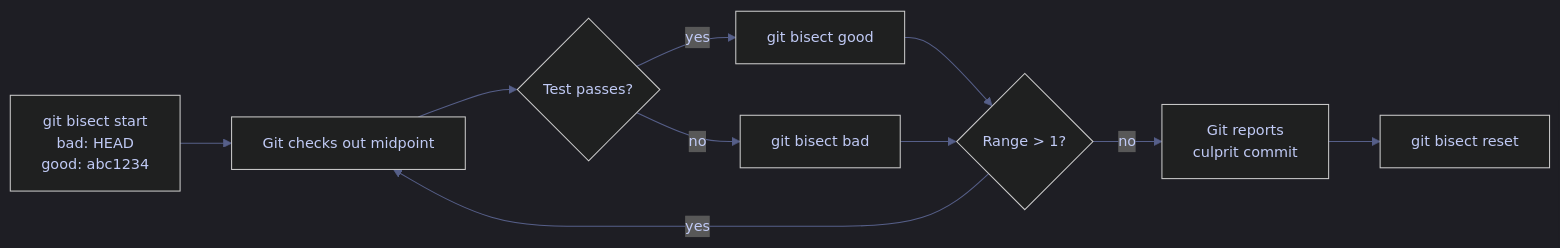
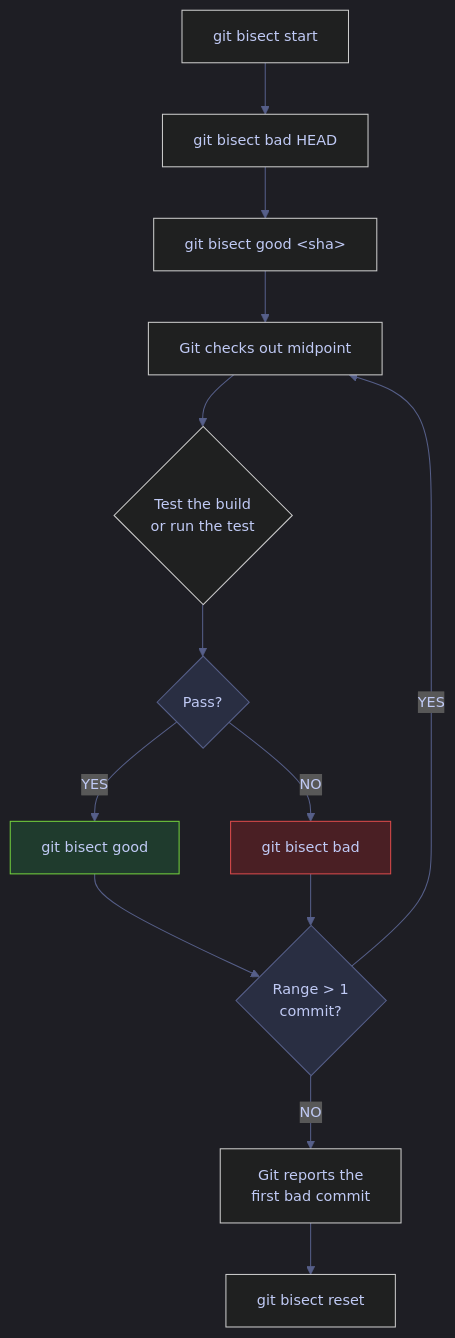
One commit to alp78/elysium changed the second of 2 diagrams in content/08-Git/08-git-history-and-inspection.md. Above: the diagram before and after it, drawn with Mermaid. The commit also changed other lines of this file and 6 other files, not shown here.

````diff
--- a/content/08-Git/08-git-history-and-inspection.md
+++ b/content/08-Git/08-git-history-and-inspection.md
@@ -336,24 +1034,32 @@
 ```mermaid
 %%{init: {'theme': 'dark', 'themeVariables': {
   'primaryColor': '#292e42',
   'primaryTextColor': '#c0caf5',
   'primaryBorderColor': '#565f89',
   'lineColor': '#565f89',
   'secondaryColor': '#1a1b26',
   'tertiaryColor': '#24283b',
   'noteTextColor': '#c0caf5',
   'noteBkgColor': '#292e42',
   'textColor': '#c0caf5',
   'fontSize': '14px'
 }}}%%
-flowchart LR
-    A["git bisect start<br/>bad: HEAD<br/>good: abc1234"] --> B["Git checks out midpoint"]
-    B --> C{Test passes?}
-    C -- yes --> D["git bisect good"]
-    C -- no --> E["git bisect bad"]
-    D --> F{Range > 1?}
-    E --> F
-    F -- yes --> B
-    F -- no --> G["Git reports<br/>culprit commit"]
-    G --> H["git bisect reset"]
+flowchart TD
+    A["git bisect start"] --> B["git bisect bad HEAD"]
+    B --> C["git bisect good &lt;sha&gt;"]
+    C --> D["Git checks out midpoint"]
+    D --> E{"Test the build<br/>or run the test"}
+    E --> F{"Pass?"}
+    F -- YES --> G["git bisect good"]
+    F -- NO --> H["git bisect bad"]
+    G --> I{"Range > 1<br/>commit?"}
+    H --> I
+    I -- YES --> D
+    I -- NO --> J["Git reports the<br/>first bad commit"]
+    J --> K["git bisect reset"]
+
+    style F fill:#292e42,stroke:#565f89,color:#c0caf5
+    style I fill:#292e42,stroke:#565f89,color:#c0caf5
+    style G fill:#1f3b2d,stroke:#73d13d,color:#c0caf5
+    style H fill:#4a1f24,stroke:#db4b4b,color:#c0caf5
 ```
````
